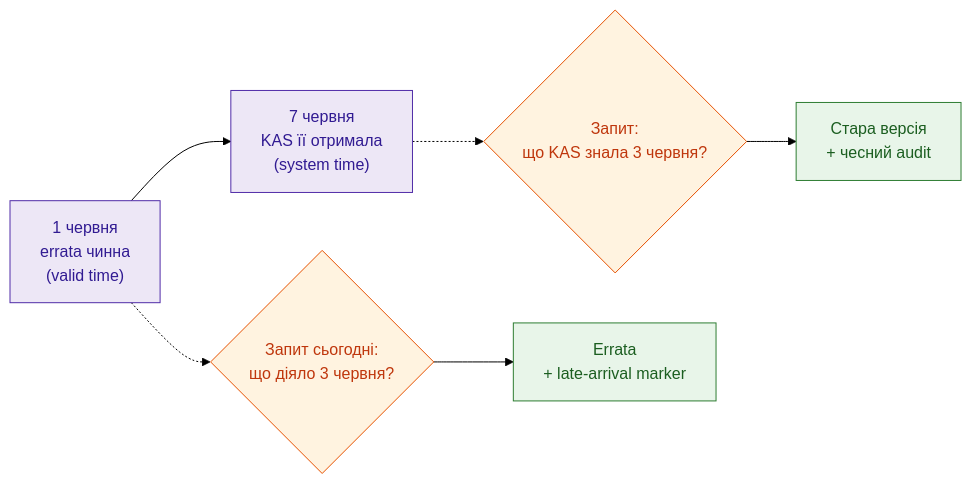
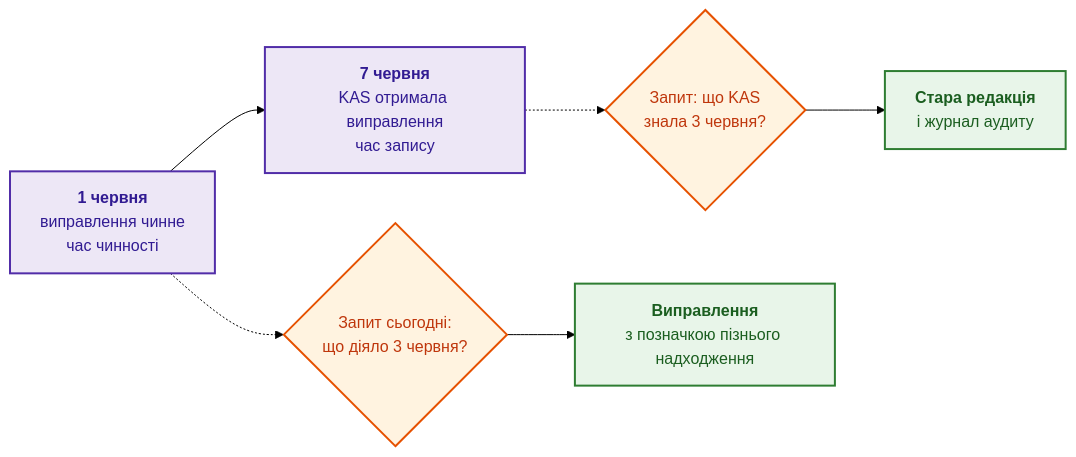
The seventh of 9 diagrams in ExpertSystem/ch10-knowledge-acquisition-systems.md (nick-fedchik/articles), drawn with Mermaid (forest theme) before and after one commit. The commit also changed other lines of this file, not shown here.

````diff
--- a/ExpertSystem/ch10-knowledge-acquisition-systems.md
+++ b/ExpertSystem/ch10-knowledge-acquisition-systems.md
@@ -749,19 +532,19 @@
 ```mermaid
 flowchart LR
-    accTitle: Двовимірний часовий аналіз: Valid Time проти System Time
-    accDescr: Різниця між часом набрання чинності правилом у предметному світі та часом його надходження в систему.
+    accTitle: Час чинності проти часу запису
+    accDescr: Виправлення чинне з 1 червня, але надійшло 7 червня; запит про знання KAS на 3 червня повертає стару редакцію, а сьогоднішній запит про дію на 3 червня повертає виправлення з позначкою пізнього надходження.
 
-    Effective["1 червня<br/>errata чинна<br/>(valid time)"] --> Known["7 червня<br/>KAS її отримала<br/>(system time)"]
-    Q1{"Запит:<br/>що KAS знала 3 червня?"} --> A1["Стара версія<br/>+ чесний audit"]
-    Q2{"Запит сьогодні:<br/>що діяло 3 червня?"} --> A2["Errata<br/>+ late-arrival marker"]
+    Effective["<b>1 червня</b><br/>виправлення чинне<br/>час чинності"] --> Known["<b>7 червня</b><br/>KAS отримала виправлення<br/>час запису"]
+    Q1{"Запит: що KAS<br/>знала 3 червня?"} --> A1["<b>Стара редакція</b><br/>і журнал аудиту"]
+    Q2{"Запит сьогодні:<br/>що діяло 3 червня?"} --> A2["<b>Виправлення</b><br/>з позначкою пізнього надходження"]
     Effective -.-> Q2
     Known -.-> Q1
 
-    classDef time fill:#ede7f6,stroke:#512da8,color:#311b92;
-    classDef q fill:#fff3e0,stroke:#e65100,color:#bf360c;
-    classDef ans fill:#e8f5e9,stroke:#2e7d32,color:#1b5e20;
+    classDef time fill:#ede7f6,stroke:#512da8,stroke-width:2px,color:#311b92;
+    classDef q fill:#fff3e0,stroke:#e65100,stroke-width:2px,color:#bf360c;
+    classDef ans fill:#e8f5e9,stroke:#2e7d32,stroke-width:2px,color:#1b5e20;
 
     class Effective,Known time;
     class Q1,Q2 q;
     class A1,A2 ans;
 ```
````
